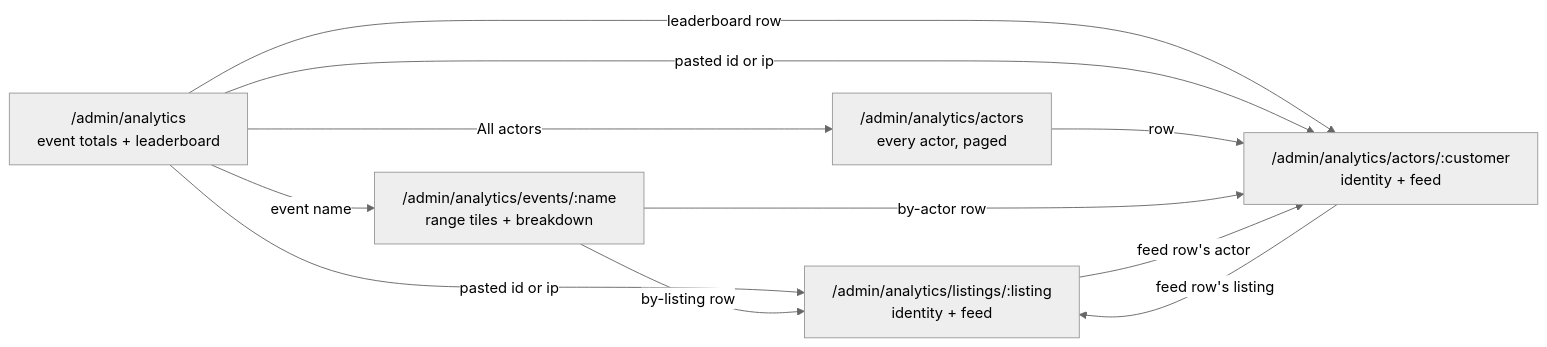
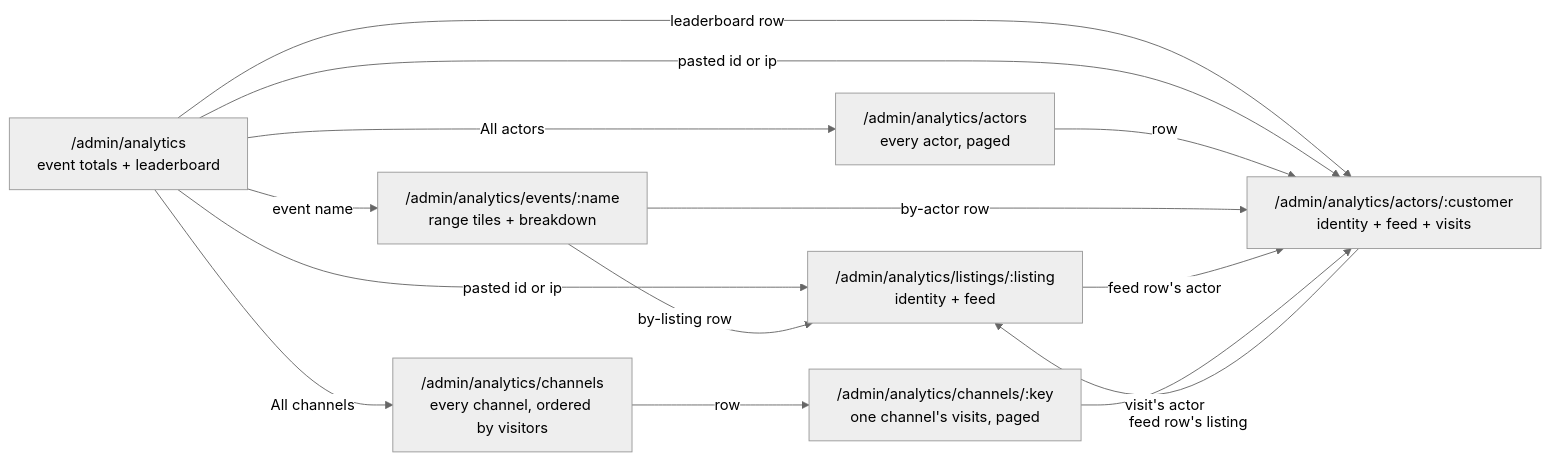
Before and after one commit to jonathan-beebe/art-store: the fifth of 8 diagrams in prototype/php/docs/admin.md, drawn with Mermaid (neutral theme). The commit also changed other lines of this file and 53 other files, not shown here.

First line of the commit message:
feat[php]: every visit carries its referrer and campaign to the order [FEAT-047] (#67)

````diff
--- a/prototype/php/docs/admin.md
+++ b/prototype/php/docs/admin.md
@@ -288,19 +291,24 @@
 ```mermaid
 flowchart LR
     entry["/admin/analytics<br/>event totals + leaderboard"]
     event["/admin/analytics/events/:name<br/>range tiles + breakdown"]
     actors["/admin/analytics/actors<br/>every actor, paged"]
     listing["/admin/analytics/listings/:listing<br/>identity + feed"]
-    actor["/admin/analytics/actors/:customer<br/>identity + feed"]
+    actor["/admin/analytics/actors/:customer<br/>identity + feed + visits"]
+    channels["/admin/analytics/channels<br/>every channel, ordered by visitors"]
+    channel["/admin/analytics/channels/:key<br/>one channel's visits, paged"]
 
     entry -->|"event name"| event
     entry -->|"leaderboard row"| actor
     entry -->|"pasted id or ip"| listing
     entry -->|"pasted id or ip"| actor
     entry -->|"All actors"| actors
+    entry -->|"All channels"| channels
     actors -->|"row"| actor
     event -->|"by-listing row"| listing
     event -->|"by-actor row"| actor
     listing -->|"feed row's actor"| actor
     actor -->|"feed row's listing"| listing
+    channels -->|"row"| channel
+    channel -->|"visit's actor"| actor
 ```
````
